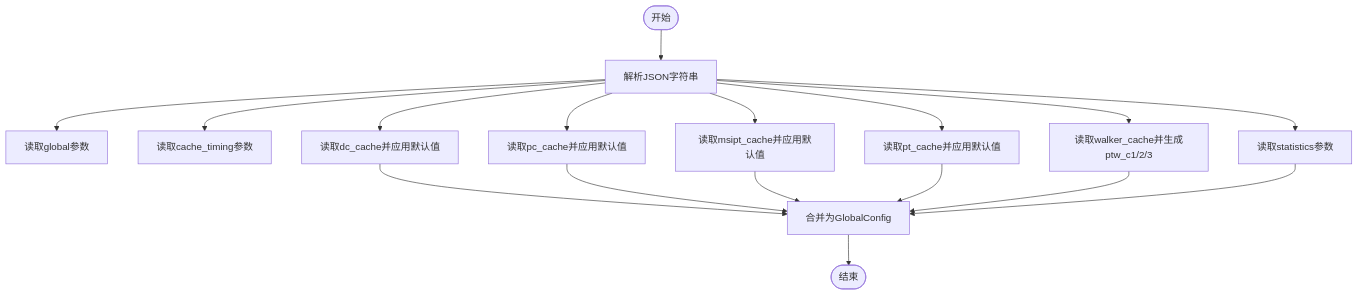
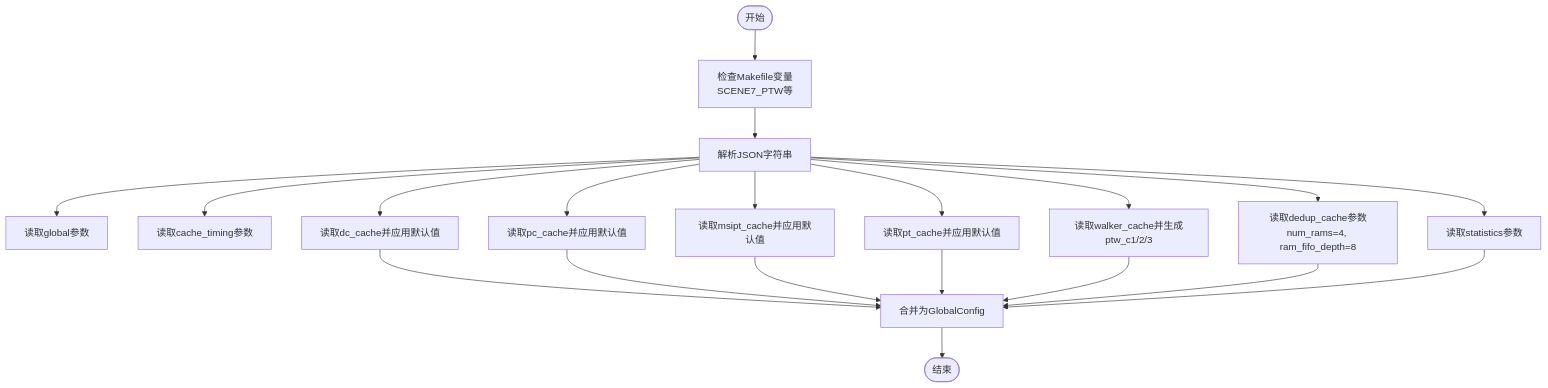
Before and after one commit to jiangjiang1122/iommu_model_20260401_v1: the third of 4 diagrams in .qoder/repowiki/zh/content/配置与参数/配置与参数.md, drawn with Mermaid. The commit also changed other lines of this file and 186 other files, not shown here.

````diff
--- a/.qoder/repowiki/zh/content/配置与参数/配置与参数.md
+++ b/.qoder/repowiki/zh/content/配置与参数/配置与参数.md
@@ -164,19 +215,22 @@
 ```mermaid
 flowchart TD
-Start(["开始"]) --> Parse["解析JSON字符串"]
+Start(["开始"]) --> MakeVar["检查Makefile变量<br/>SCENE7_PTW等"]
+MakeVar --> Parse["解析JSON字符串"]
 Parse --> Global["读取global参数"]
 Parse --> Timing["读取cache_timing参数"]
 Parse --> DC["读取dc_cache并应用默认值"]
 Parse --> PC["读取pc_cache并应用默认值"]
 Parse --> MSIPT["读取msipt_cache并应用默认值"]
 Parse --> PT["读取pt_cache并应用默认值"]
 Parse --> WC["读取walker_cache并生成ptw_c1/2/3"]
+Parse --> Dedup["读取dedup_cache参数<br/>num_rams=4, ram_fifo_depth=8"]
 Parse --> Stat["读取statistics参数"]
 DC --> Merge["合并为GlobalConfig"]
 PC --> Merge
 MSIPT --> Merge
 PT --> Merge
 WC --> Merge
+Dedup --> Merge
 Stat --> Merge
 Merge --> End(["结束"])
 ```
````
